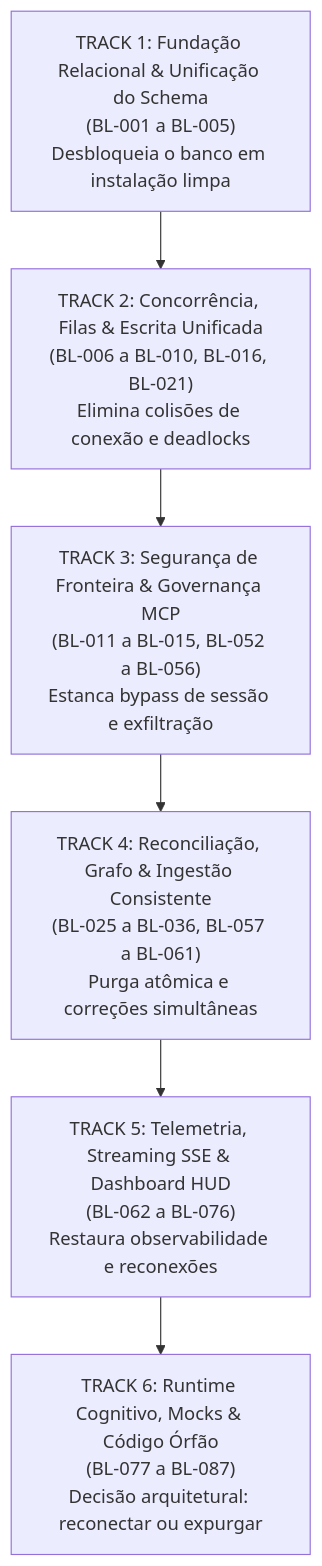
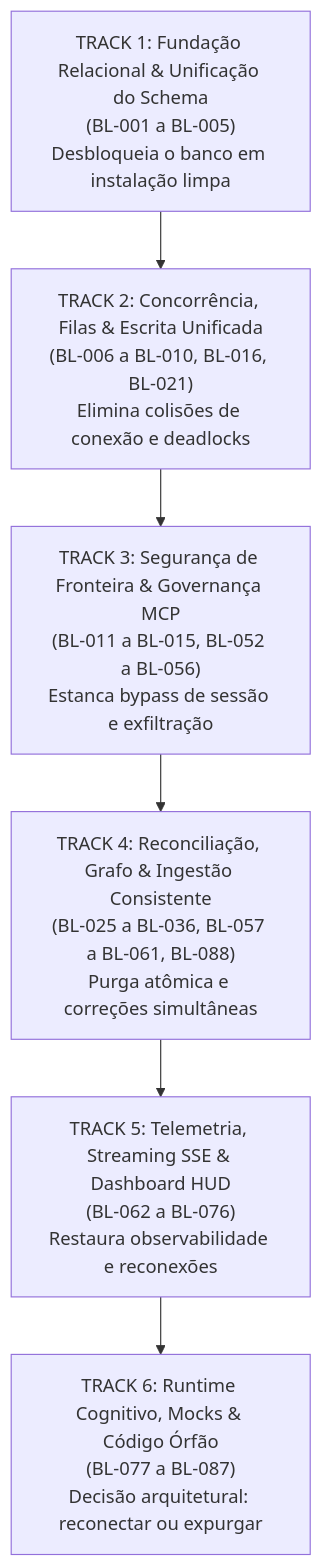
The first of 2 diagrams in audits/backlog-final.md (LuisinTheLegend/ConciergeGraph), drawn with Mermaid before and after one commit. The commit also changed other lines of this file and 10 other files, not shown here.

````diff
--- a/audits/backlog-final.md
+++ b/audits/backlog-final.md
@@ -127,8 +139,8 @@
 ```mermaid
 flowchart TD
     T1["TRACK 1: Fundação Relacional & Unificação do Schema<br/>(BL-001 a BL-005)<br/>Desbloqueia o banco em instalação limpa"] --> T2["TRACK 2: Concorrência, Filas & Escrita Unificada<br/>(BL-006 a BL-010, BL-016, BL-021)<br/>Elimina colisões de conexão e deadlocks"]
     T2 --> T3["TRACK 3: Segurança de Fronteira & Governança MCP<br/>(BL-011 a BL-015, BL-052 a BL-056)<br/>Estanca bypass de sessão e exfiltração"]
-    T3 --> T4["TRACK 4: Reconciliação, Grafo & Ingestão Consistente<br/>(BL-025 a BL-036, BL-057 a BL-061)<br/>Purga atômica e correções simultâneas"]
+    T3 --> T4["TRACK 4: Reconciliação, Grafo & Ingestão Consistente<br/>(BL-025 a BL-036, BL-057 a BL-061, BL-088)<br/>Purga atômica e correções simultâneas"]
     T4 --> T5["TRACK 5: Telemetria, Streaming SSE & Dashboard HUD<br/>(BL-062 a BL-076)<br/>Restaura observabilidade e reconexões"]
     T5 --> T6["TRACK 6: Runtime Cognitivo, Mocks & Código Órfão<br/>(BL-077 a BL-087)<br/>Decisão arquitetural: reconectar ou expurgar"]
 ```
````
